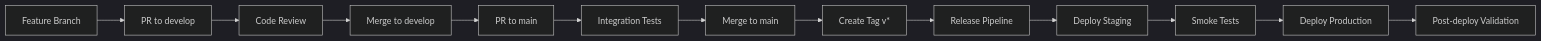
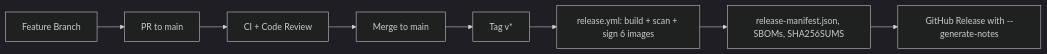
Before and after one commit to mblanke/TrueNorth: the second of 2 diagrams in docs/BUILD.md, drawn with Mermaid (dark theme). The commit also changed other lines of this file, not shown here.

Commit message:
uncommitted at end of run w-dc-build-r1 (collected by tn-run.sh)

````diff
--- a/docs/BUILD.md
+++ b/docs/BUILD.md
@@ -606,15 +481,10 @@
 ```mermaid
 flowchart LR
-    A[Feature Branch] --> B[PR to develop]
-    B --> C[Code Review]
-    C --> D[Merge to develop]
-    D --> E[PR to main]
-    E --> F[Integration Tests]
-    F --> G[Merge to main]
-    G --> H[Create Tag v*]
-    H --> I[Release Pipeline]
-    I --> J[Deploy Staging]
-    J --> K[Smoke Tests]
-    K --> L[Deploy Production]
-    L --> M[Post-deploy Validation]
+    A[Feature Branch] --> B[PR to main]
+    B --> C[CI + Code Review]
+    C --> D[Merge to main]
+    D --> E[Tag v*]
+    E --> F[release.yml: build + scan + sign 6 images]
+    F --> G[release-manifest.json, SBOMs, SHA256SUMS]
+    G --> H[GitHub Release with --generate-notes]
 ```
````
